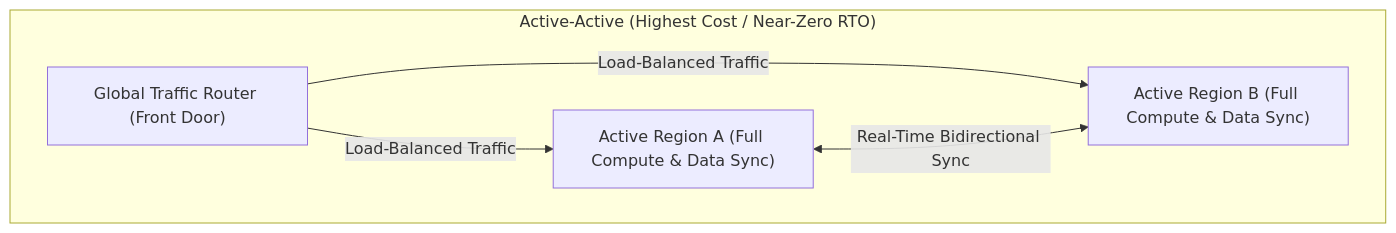
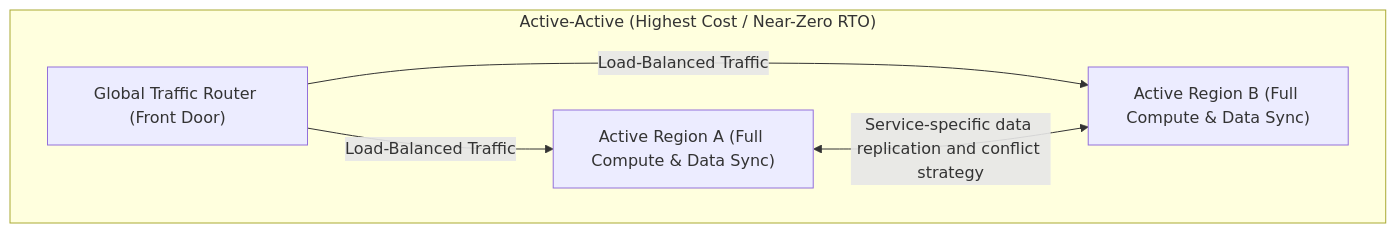
The sixth of 8 diagrams in cloud-providers/azure/cost-resilience/recovery-planning.md (senlinyy/dev-roadmaps), drawn with Mermaid before and after one commit. The commit also changed other lines of this file and 530 other files, not shown here.

````diff
--- a/cloud-providers/azure/cost-resilience/recovery-planning.md
+++ b/cloud-providers/azure/cost-resilience/recovery-planning.md
@@ -127,8 +131,8 @@
 ```mermaid
 flowchart TD
     subgraph AA["Active-Active (Highest Cost / Near-Zero RTO)"]
         GlobalRouter["Global Traffic Router (Front Door)"] -->|"Load-Balanced Traffic"| RegionA["Active Region A (Full Compute & Data Sync)"]
         GlobalRouter -->|"Load-Balanced Traffic"| RegionB["Active Region B (Full Compute & Data Sync)"]
-        RegionA <-->|"Real-Time Bidirectional Sync"| RegionB
+        RegionA <-->|"Service-specific data replication and conflict strategy"| RegionB
     end
 ```
````
